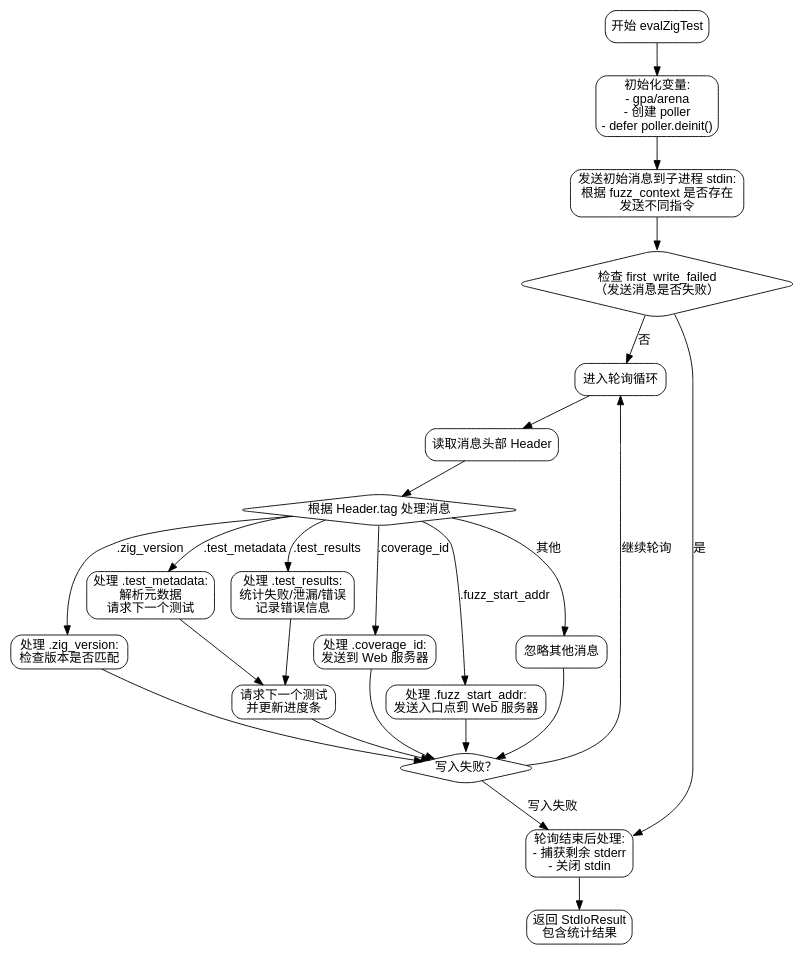
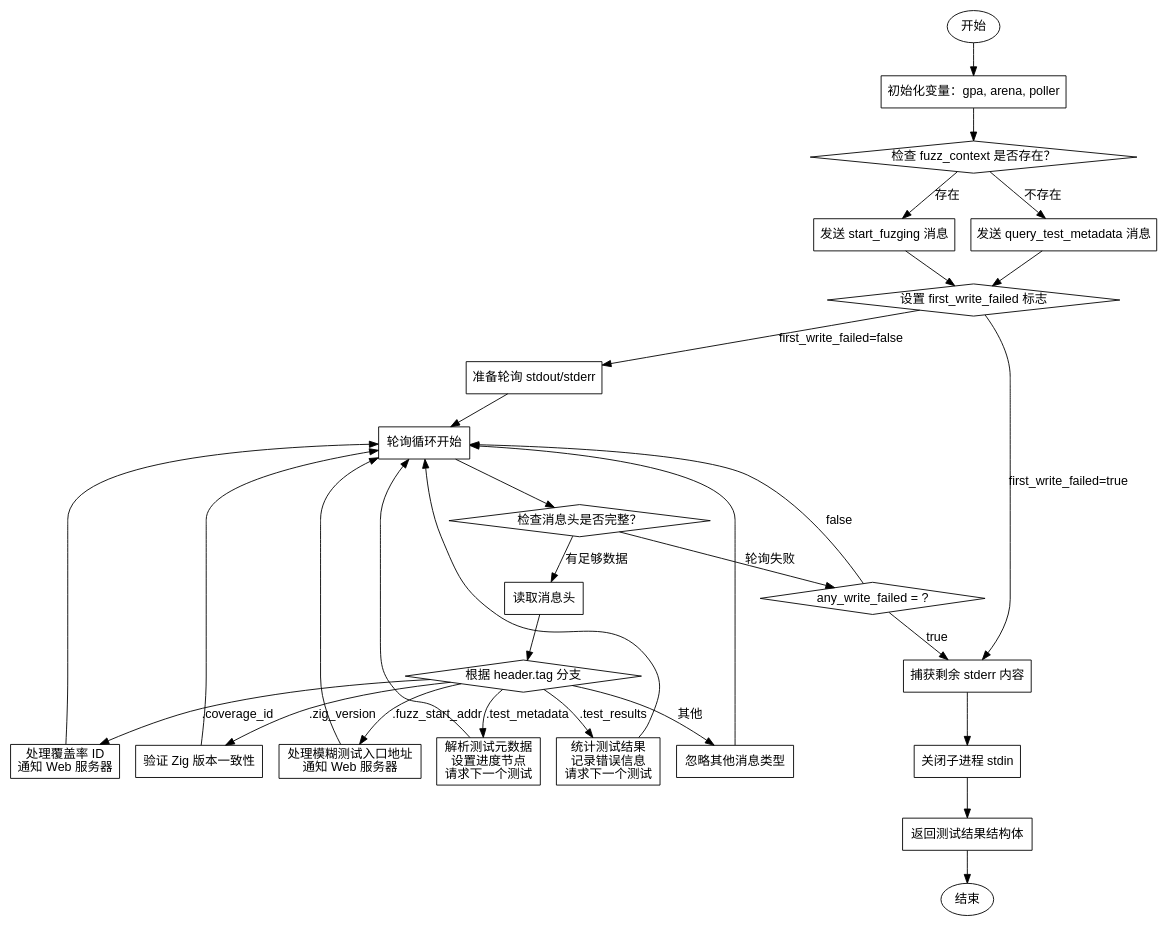
Before and after one commit to sdzx-1/deepseek-zig-reader: the diagram in dot_std/Build/Step/Run.zig.evalZigTest.md, drawn with Graphviz. The commit also changed other lines of this file and 236 other files, not shown here.

Commit message:
update dot_std

````diff
--- a/dot_std/Build/Step/Run.zig.evalZigTest.md
+++ b/dot_std/Build/Step/Run.zig.evalZigTest.md
@@ -30,54 +15,70 @@
-```dot
-digraph flowchart {
-    node [shape=rectangle, style="rounded", fontname="Arial"];
+```graphviz
+digraph evalZigTest {
+    node [shape=rectangle, fontname="Arial"];
     edge [fontname="Arial"];
 
-    start [label="开始 evalZigTest"];
-    init [label="初始化变量:\n- gpa/arena\n- 创建 poller\n- defer poller.deinit()"];
-    send_initial [label="发送初始消息到子进程 stdin:\n根据 fuzz_context 是否存在\n发送不同指令"];
-    check_first_write_failed [label="检查 first_write_failed\n（发送消息是否失败）", shape=diamond];
-    poll_loop [label="进入轮询循环"];
-    read_header [label="读取消息头部 Header"];
-    switch_header [label="根据 Header.tag 处理消息", shape=diamond];
-    handle_zig_version [label="处理 .zig_version:\n检查版本是否匹配"];
-    handle_test_metadata [label="处理 .test_metadata:\n解析元数据\n请求下一个测试"];
-    handle_test_results [label="处理 .test_results:\n统计失败/泄漏/错误\n记录错误信息"];
-    handle_coverage_id [label="处理 .coverage_id:\n发送到 Web 服务器"];
-    handle_fuzz_start [label="处理 .fuzz_start_addr:\n发送入口点到 Web 服务器"];
-    other_messages [label="忽略其他消息"];
-    request_next_test [label="请求下一个测试\n并更新进度条"];
-    check_write_error [label="写入失败？", shape=diamond];
-    post_loop [label="轮询结束后处理:\n- 捕获剩余 stderr\n- 关闭 stdin"];
-    return_result [label="返回 StdIoResult\n包含统计结果"];
+    start [label="开始", shape=ellipse];
+    init_vars [label="初始化变量：gpa, arena, poller"];
+    check_fuzz_context [label="检查 fuzz_context 是否存在？", shape=diamond];
+    send_fuzz_start [label="发送 start_fuzging 消息"];
+    send_query_metadata [label="发送 query_test_metadata 消息"];
+    handle_first_write_failed [label="设置 first_write_failed 标志", shape=diamond];
+    prepare_polling [label="准备轮询 stdout/stderr"];
+    loop_start [label="轮询循环开始"];
+    check_header [label="检查消息头是否完整？", shape=diamond];
+    read_header [label="读取消息头"];
+    switch_header [label="根据 header.tag 分支", shape=diamond];
+    handle_zig_version [label="验证 Zig 版本一致性"];
+    handle_test_metadata [label="解析测试元数据\n设置进度节点\n请求下一个测试"];
+    handle_test_results [label="统计测试结果\n记录错误信息\n请求下一个测试"];
+    handle_coverage_id [label="处理覆盖率 ID\n通知 Web 服务器"];
+    handle_fuzz_start_addr [label="处理模糊测试入口地址\n通知 Web 服务器"];
+    other_messages [label="忽略其他消息类型"];
+    check_write_failed [label="any_write_failed = ?", shape=diamond];
+    capture_stderr [label="捕获剩余 stderr 内容"];
+    close_stdin [label="关闭子进程 stdin"];
+    return_results [label="返回测试结果结构体"];
+    end [label="结束", shape=ellipse];
 
-    start -> init;
-    init -> send_initial;
-    send_initial -> check_first_write_failed;
-    check_first_write_failed -> poll_loop [label="否"];
-    check_first_write_failed -> post_loop [label="是"];
-
-    poll_loop -> read_header;
+    start -> init_vars;
+    init_vars -> check_fuzz_context;
+    
+    check_fuzz_context -> send_fuzz_start [label="存在"];
+    check_fuzz_context -> send_query_metadata [label="不存在"];
+    
+    send_fuzz_start -> handle_first_write_failed;
+    send_query_metadata -> handle_first_write_failed;
+    
+    handle_first_write_failed -> prepare_polling [label="first_write_failed=false"];
+    handle_first_write_failed -> capture_stderr [label="first_write_failed=true"];
+    
+    prepare_polling -> loop_start;
+    
+    loop_start -> check_header;
+    check_header -> read_header [label="有足够数据"];
+    check_header -> check_write_failed [label="轮询失败"];
+    
     read_header -> switch_header;
-
+    
     switch_header -> handle_zig_version [label=".zig_version"];
     switch_header -> handle_test_metadata [label=".test_metadata"];
     switch_header -> handle_test_results [label=".test_results"];
     switch_header -> handle_coverage_id [label=".coverage_id"];
-    switch_header -> handle_fuzz_start [label=".fuzz_start_addr"];
+    switch_header -> handle_fuzz_start_addr [label=".fuzz_start_addr"];
     switch_header -> other_messages [label="其他"];
-
-    handle_zig_version -> check_write_error;
-    handle_test_metadata -> request_next_test;
-    handle_test_results -> request_next_test;
-    handle_coverage_id -> check_write_error;
-    handle_fuzz_start -> check_write_error;
-    other_messages -> check_write_error;
-
-    request_next_test -> check_write_error;
-
-    check_write_error -> poll_loop [label="继续轮询"];
-    check_write_error -> post_loop [label="写入失败"];
-
-    post_loop -> return_result;
+    
+    handle_zig_version -> loop_start;
+    handle_test_metadata -> loop_start;
+    handle_test_results -> loop_start;
+    handle_coverage_id -> loop_start;
+    handle_fuzz_start_addr -> loop_start;
+    other_messages -> loop_start;
+    
+    check_write_failed -> capture_stderr [label="true"];
+    check_write_failed -> loop_start [label="false"];
+    
+    capture_stderr -> close_stdin;
+    close_stdin -> return_results;
+    return_results -> end;
 }
 ```
````
